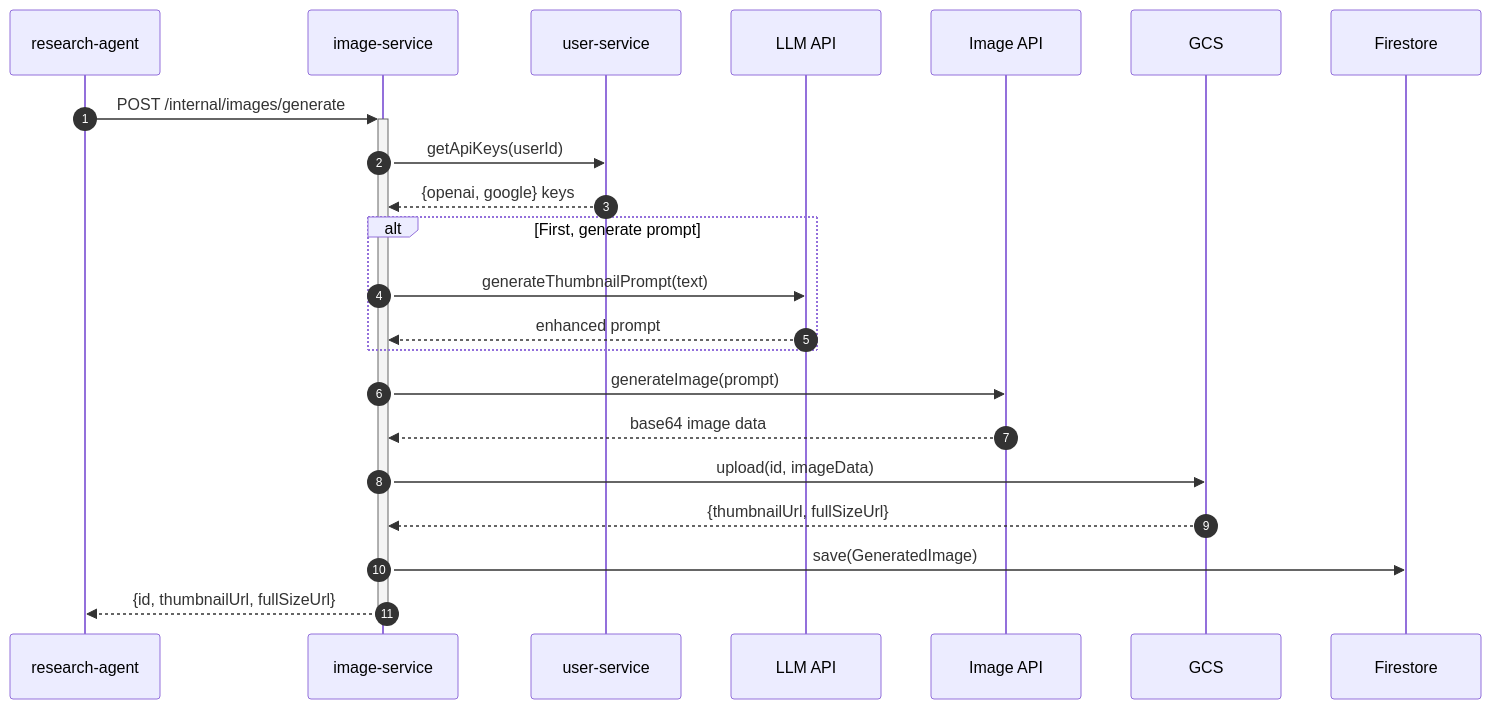
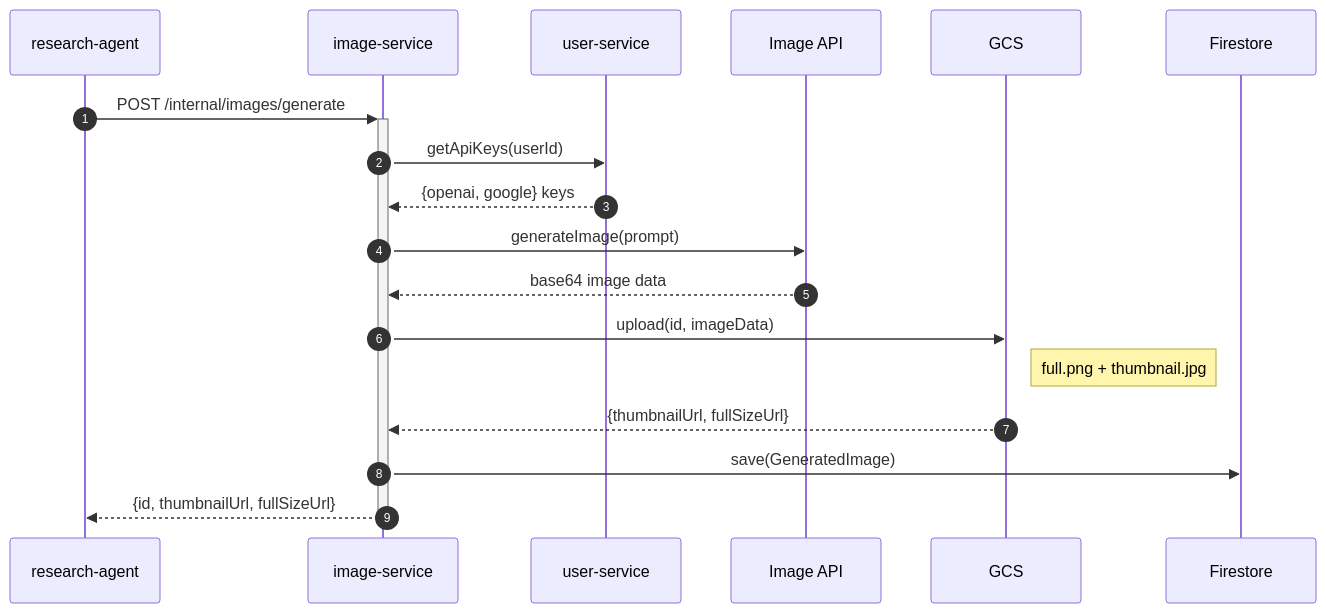
Before and after one commit to pbuchman/intexuraos: the second of 3 diagrams in docs/services/image-service/technical.md, drawn with Mermaid. The commit also changed other lines of this file and 102 other files, not shown here.

````diff
--- a/docs/services/image-service/technical.md
+++ b/docs/services/image-service/technical.md
@@ -53,29 +55,24 @@
 ```mermaid
 sequenceDiagram
     autonumber
     participant Caller as research-agent
     participant Service as image-service
     participant UserSvc as user-service
-    participant LLM as LLM API
     participant ImgGen as Image API
     participant GCS as GCS
     participant Firestore as Firestore
 
     Caller->>+Service: POST /internal/images/generate
     Service->>UserSvc: getApiKeys(userId)
     UserSvc-->>Service: {openai, google} keys
 
-    alt First, generate prompt
-        Service->>LLM: generateThumbnailPrompt(text)
-        LLM-->>Service: enhanced prompt
-    end
-
     Service->>ImgGen: generateImage(prompt)
     ImgGen-->>Service: base64 image data
 
     Service->>GCS: upload(id, imageData)
+    Note right of GCS: full.png + thumbnail.jpg
     GCS-->>Service: {thumbnailUrl, fullSizeUrl}
 
     Service->>Firestore: save(GeneratedImage)
     Service-->>-Caller: {id, thumbnailUrl, fullSizeUrl}
 ```
````
